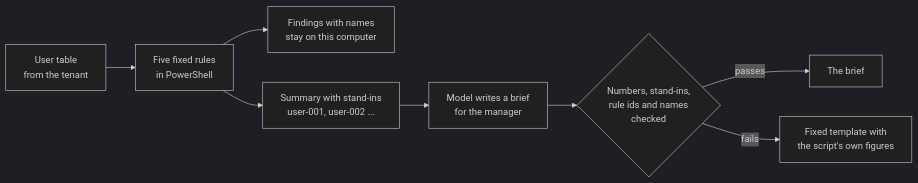
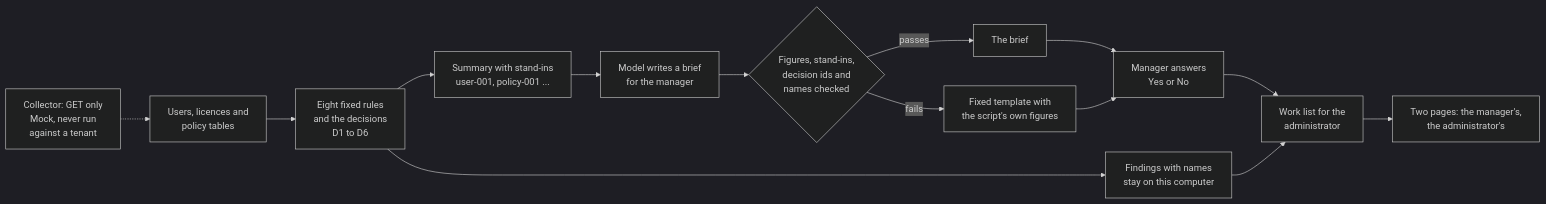
The diagram in README.md (evgenybl/m365-hygiene-brief-demo), drawn with Mermaid (dark theme) before and after one commit. The commit also changed other lines of this file and 2 other files, not shown here.

First line of the commit message:
README for two readers; design notes; CI on Linux and Windows

````diff
--- a/README.md
+++ b/README.md
@@ -17,10 +83,16 @@
 ```mermaid
 flowchart LR
-    A[User table<br/>from the tenant] --> B[Five fixed rules<br/>in PowerShell]
+    X[Collector: GET only<br/>Mock, never run<br/>against a tenant] -.-> A
+    A[Users, licences and<br/>policy tables] --> B[Eight fixed rules<br/>and the decisions<br/>D1 to D6]
     B --> C[Findings with names<br/>stay on this computer]
-    B --> D[Summary with stand-ins<br/>user-001, user-002 ...]
+    B --> D[Summary with stand-ins<br/>user-001, policy-001 ...]
     D --> E[Model writes a brief<br/>for the manager]
-    E --> F{Numbers, stand-ins,<br/>rule ids and names<br/>checked}
+    E --> F{Figures, stand-ins,<br/>decision ids and<br/>names checked}
     F -- passes --> G[The brief]
     F -- fails --> H[Fixed template with<br/>the script's own figures]
+    G --> I[Manager answers<br/>Yes or No]
+    H --> I
+    I --> J[Work list for the<br/>administrator]
+    C --> J
+    J --> K[Two pages: the manager's,<br/>the administrator's]
 ```
````
